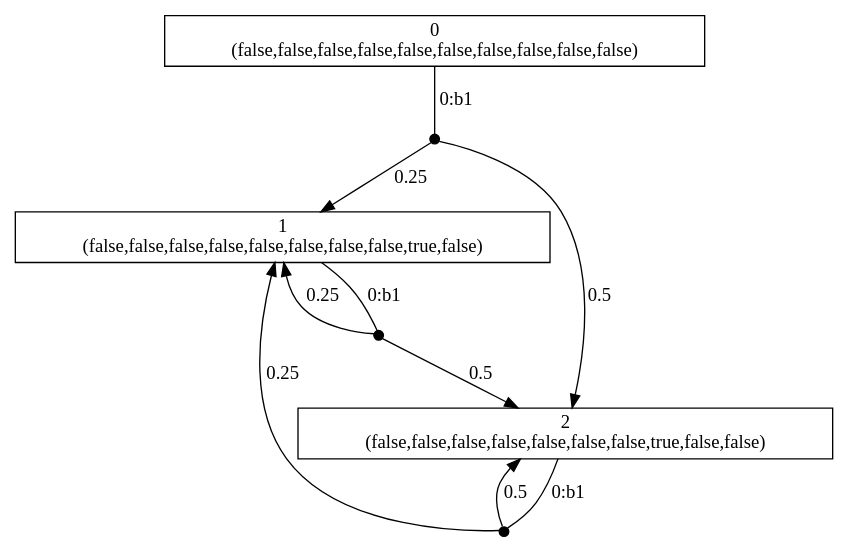
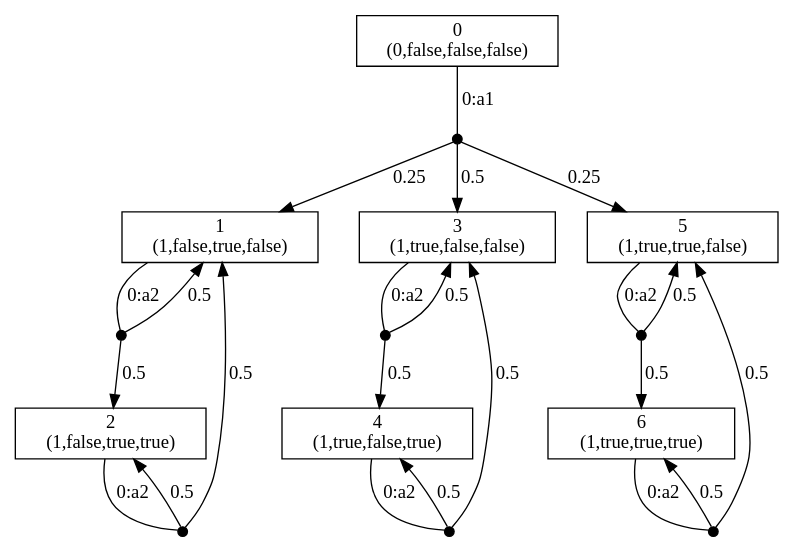
One commit to mahalageeta/DSTG-PRISM changed the diagram in mdp.dot. Above: the diagram before and after it, drawn with Graphviz. The commit also changed 14 other files, not shown here.

```diff
--- a/mdp.dot
+++ b/mdp.dot
@@ -1,18 +1,39 @@
 digraph MDP {
 node [label="",shape="box"];
-0 [label="0\n(false,false,false,false,false,false,false,false,false,false)"];
-0 -> n0_0  [label="0:b1",arrowhead="none"];
+0 [label="0\n(0,false,false,false)"];
+0 -> n0_0  [label="0:a1",arrowhead="none"];
 n0_0 [ shape=point,width=0.1,height=0.1,label="" ];
 n0_0 -> 1  [label="0.25"];
-n0_0 -> 2  [label="0.5"];
-1 [label="1\n(false,false,false,false,false,false,false,false,true,false)"];
-1 -> n1_0  [label="0:b1",arrowhead="none"];
+n0_0 -> 3  [label="0.5"];
+n0_0 -> 5  [label="0.25"];
+1 [label="1\n(1,false,true,false)"];
+1 -> n1_0  [label="0:a2",arrowhead="none"];
 n1_0 [ shape=point,width=0.1,height=0.1,label="" ];
-n1_0 -> 1  [label="0.25"];
+n1_0 -> 1  [label="0.5"];
 n1_0 -> 2  [label="0.5"];
-2 [label="2\n(false,false,false,false,false,false,false,true,false,false)"];
-2 -> n2_0  [label="0:b1",arrowhead="none"];
+2 [label="2\n(1,false,true,true)"];
+2 -> n2_0  [label="0:a2",arrowhead="none"];
 n2_0 [ shape=point,width=0.1,height=0.1,label="" ];
-n2_0 -> 1  [label="0.25"];
+n2_0 -> 1  [label="0.5"];
 n2_0 -> 2  [label="0.5"];
+3 [label="3\n(1,true,false,false)"];
+3 -> n3_0  [label="0:a2",arrowhead="none"];
+n3_0 [ shape=point,width=0.1,height=0.1,label="" ];
+n3_0 -> 3  [label="0.5"];
+n3_0 -> 4  [label="0.5"];
+4 [label="4\n(1,true,false,true)"];
+4 -> n4_0  [label="0:a2",arrowhead="none"];
+n4_0 [ shape=point,width=0.1,height=0.1,label="" ];
+n4_0 -> 3  [label="0.5"];
+n4_0 -> 4  [label="0.5"];
+5 [label="5\n(1,true,true,false)"];
+5 -> n5_0  [label="0:a2",arrowhead="none"];
+n5_0 [ shape=point,width=0.1,height=0.1,label="" ];
+n5_0 -> 5  [label="0.5"];
+n5_0 -> 6  [label="0.5"];
+6 [label="6\n(1,true,true,true)"];
+6 -> n6_0  [label="0:a2",arrowhead="none"];
+n6_0 [ shape=point,width=0.1,height=0.1,label="" ];
+n6_0 -> 5  [label="0.5"];
+n6_0 -> 6  [label="0.5"];
 }
```
